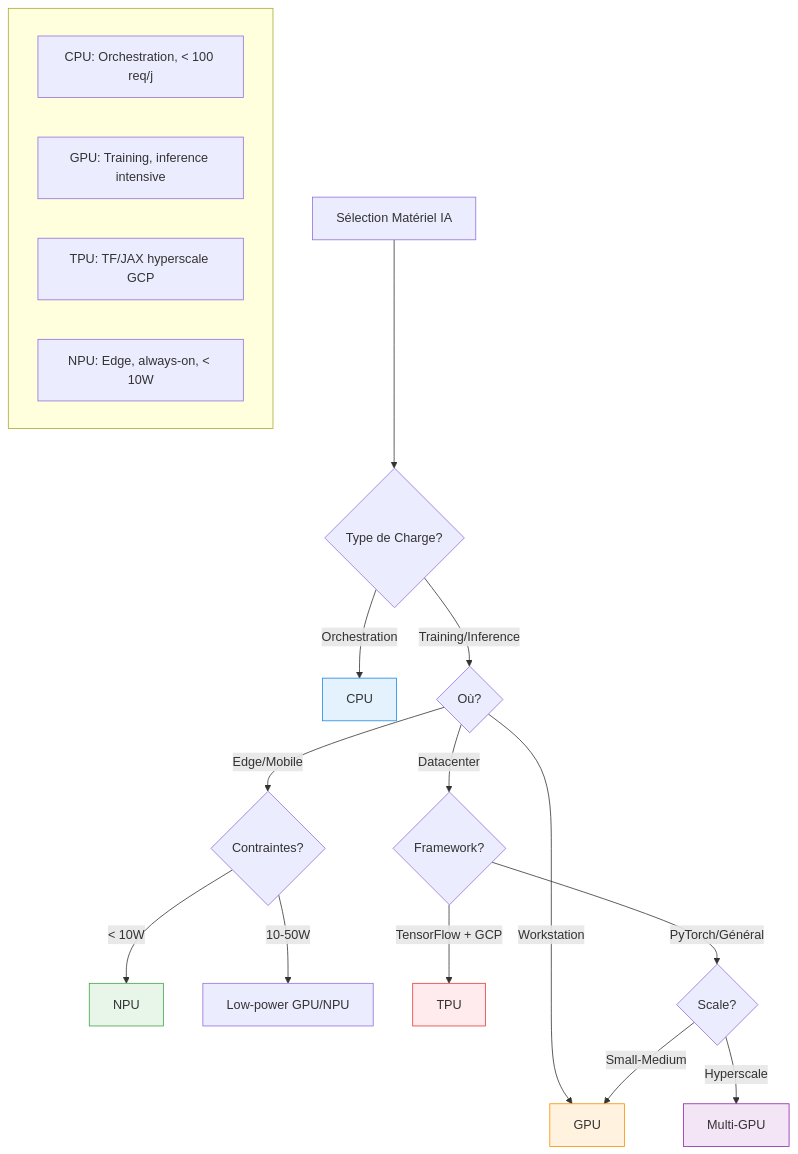
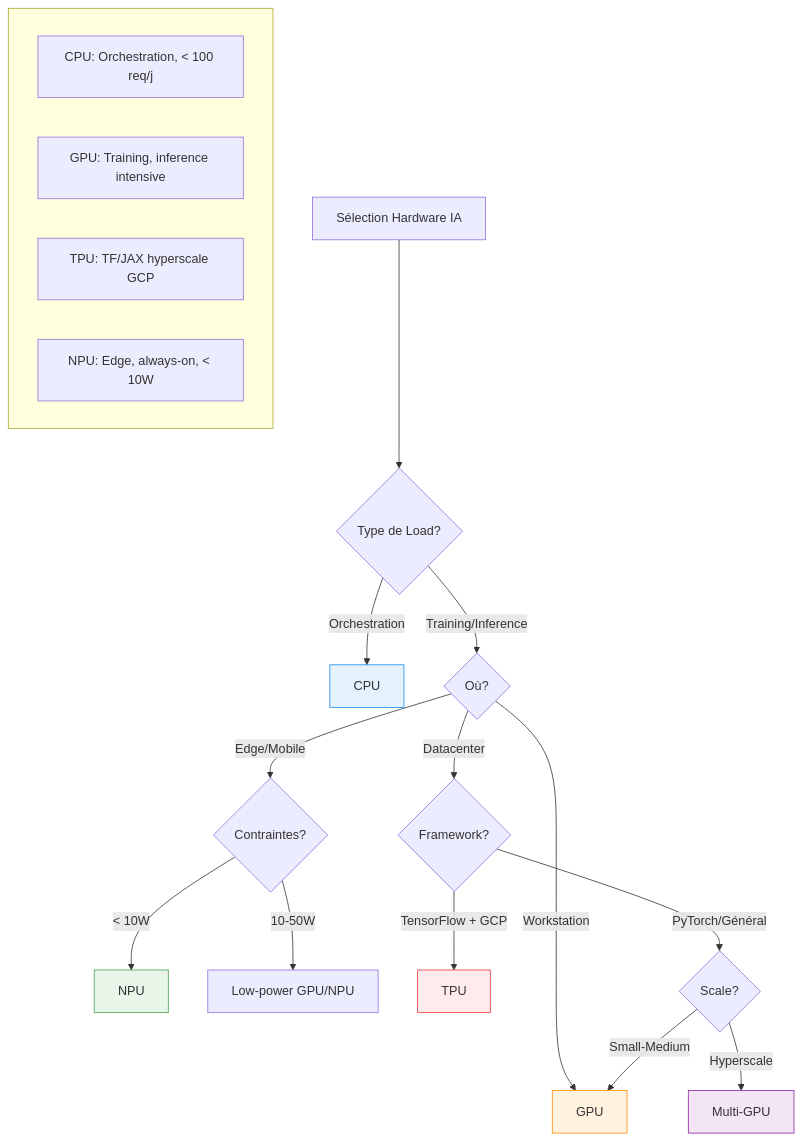
One commit to brunseba/ai-tech-watch changed the diagram in docs/infrastructure/hardware-selection.md. Above: the diagram before and after it, drawn with Mermaid. The commit also changed other lines of this file and 24 other files, not shown here.

````diff
--- a/docs/infrastructure/hardware-selection.md
+++ b/docs/infrastructure/hardware-selection.md
@@ -36,33 +36,33 @@
 ```mermaid
 graph TD
-    A[Sélection Matériel IA] --> B{Type de Charge?}
+    A[Sélection Hardware IA] --> B{Type de Load?}
     
     B -->|Orchestration| C[CPU]
     B -->|Training/Inference| D{Où?}
     
     D -->|Edge/Mobile| E{Contraintes?}
     D -->|Datacenter| F{Framework?}
     D -->|Workstation| G[GPU]
     
     E -->|< 10W| H[NPU]
     E -->|10-50W| I[Low-power GPU/NPU]
     
     F -->|TensorFlow + GCP| J[TPU]
     F -->|PyTorch/Général| K{Scale?}
     
     K -->|Small-Medium| G
     K -->|Hyperscale| L[Multi-GPU]
     
     subgraph Legend [" "]
         C1[CPU: Orchestration, < 100 req/j]
         G1[GPU: Training, inference intensive]
         T1[TPU: TF/JAX hyperscale GCP]
         N1[NPU: Edge, always-on, < 10W]
     end
     
     style C fill:#e3f2fd,stroke:#1e88e5
     style H fill:#e8f5e9,stroke:#43a047
     style G fill:#fff3e0,stroke:#fb8c00
     style J fill:#ffebee,stroke:#e53935
     style L fill:#f3e5f5,stroke:#8e24aa
 ```
````
